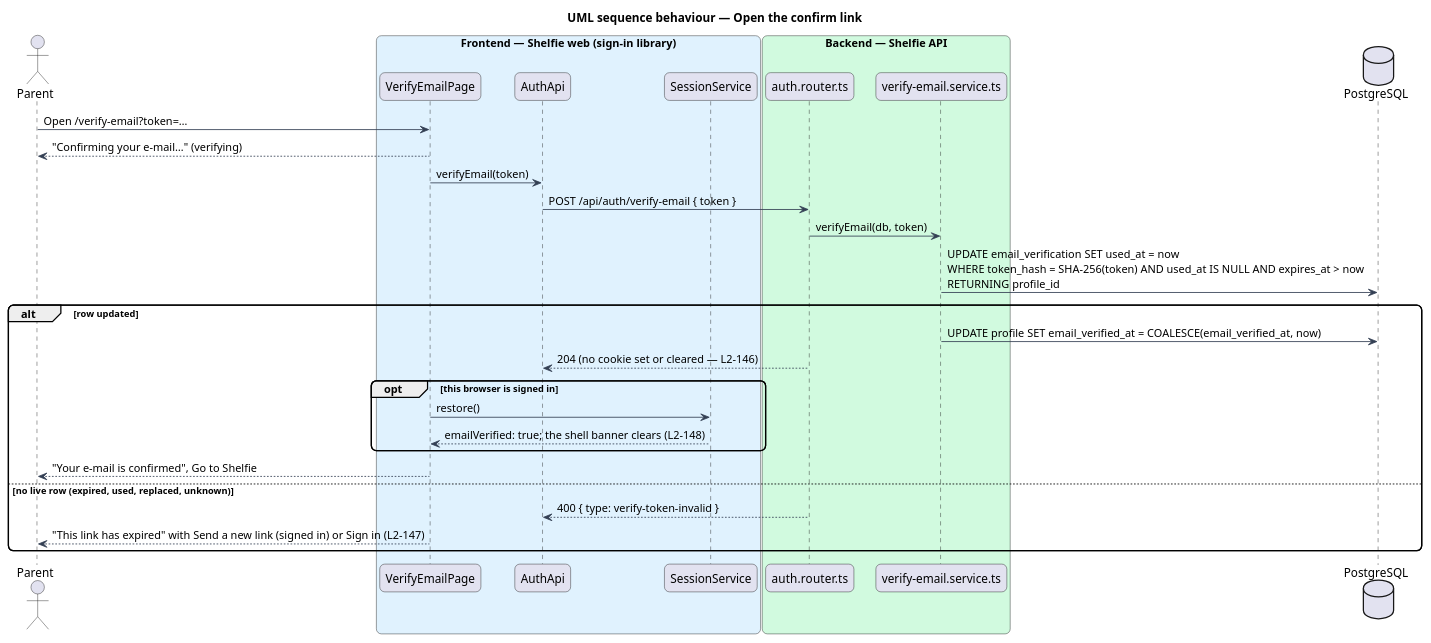
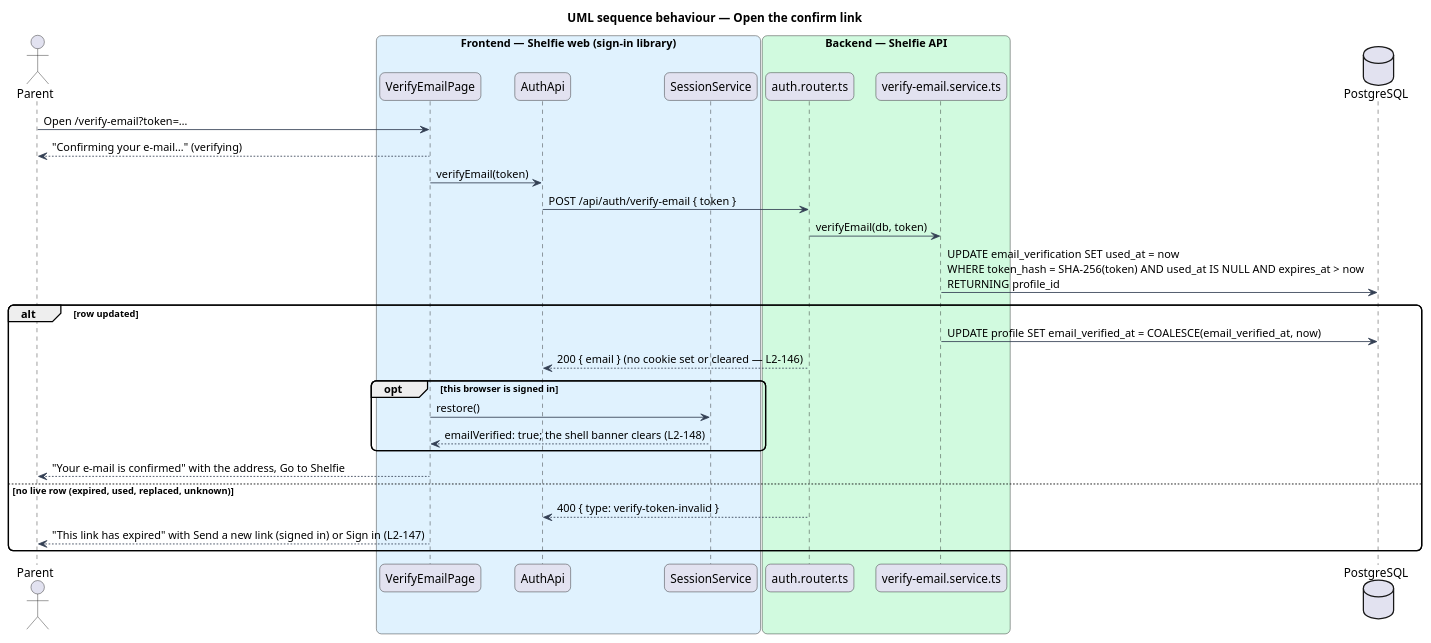
One commit to QuinntyneBrown/shelfie changed the diagram in docs/detailed-designs/sign-in/verify-email/diagrams/sequence-verify-link.puml. Above: the diagram before and after it, drawn with PlantUML. The commit also changed 10 other files, not shown here.

First line of the commit message:
Docs: verify-email built; estimates at their true percent; deferred list now has re-verifying a changed e-mail

```diff
--- a/docs/detailed-designs/sign-in/verify-email/diagrams/sequence-verify-link.puml
+++ b/docs/detailed-designs/sign-in/verify-email/diagrams/sequence-verify-link.puml
@@ -1,37 +1,37 @@
 @startuml
 title UML sequence behaviour — Open the confirm link
 skinparam backgroundColor #FFFFFF
 skinparam shadowing false
 skinparam roundcorner 12
 skinparam defaultFontName Arial
 skinparam ArrowColor #344054
 actor "Parent" as parent
 box "Frontend — Shelfie web (sign-in library)" #E0F2FE
   participant "VerifyEmailPage" as page
   participant "AuthApi" as client
   participant "SessionService" as session
 end box
 box "Backend — Shelfie API" #D1FADF
   participant "auth.router.ts" as router
   participant "verify-email.service.ts" as verify
 end box
 database "PostgreSQL" as db
 parent -> page : Open /verify-email?token=…
 page --> parent : "Confirming your e-mail…" (verifying)
 page -> client : verifyEmail(token)
 client -> router : POST /api/auth/verify-email { token }
 router -> verify : verifyEmail(db, token)
 verify -> db : UPDATE email_verification SET used_at = now\nWHERE token_hash = SHA-256(token) AND used_at IS NULL AND expires_at > now\nRETURNING profile_id
 alt row updated
   verify -> db : UPDATE profile SET email_verified_at = COALESCE(email_verified_at, now)
-  router --> client : 204 (no cookie set or cleared — L2-146)
+  router --> client : 200 { email } (no cookie set or cleared — L2-146)
   opt this browser is signed in
     page -> session : restore()
     session --> page : emailVerified: true; the shell banner clears (L2-148)
   end
-  page --> parent : "Your e-mail is confirmed", Go to Shelfie
+  page --> parent : "Your e-mail is confirmed" with the address, Go to Shelfie
 else no live row (expired, used, replaced, unknown)
   router --> client : 400 { type: verify-token-invalid }
   page --> parent : "This link has expired" with Send a new link (signed in) or Sign in (L2-147)
 end
 @enduml
```
